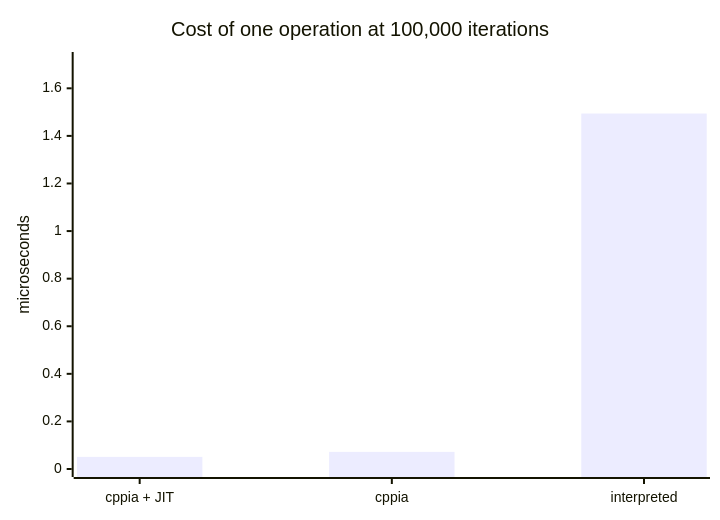
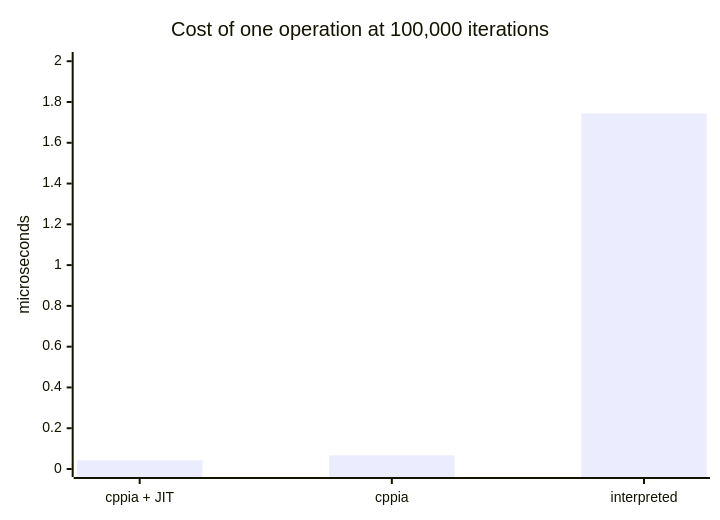
One commit to MeguminBOT/hxscript changed the first of 2 diagrams in docs/mode-benchmarks.md. Above: the diagram before and after it, drawn with Mermaid. The commit also changed other lines of this file and 4 other files, not shown here.

````diff
--- a/docs/mode-benchmarks.md
+++ b/docs/mode-benchmarks.md
@@ -179,7 +189,7 @@
 ```mermaid
 xychart-beta
     title "Cost of one operation at 100,000 iterations"
     x-axis ["cppia + JIT", "cppia", "interpreted"]
-    y-axis "microseconds" 0 --> 1.719
-    bar [0.051, 0.072, 1.494]
+    y-axis "microseconds" 0 --> 2.006
+    bar [0.043, 0.067, 1.744]
 ```
````
